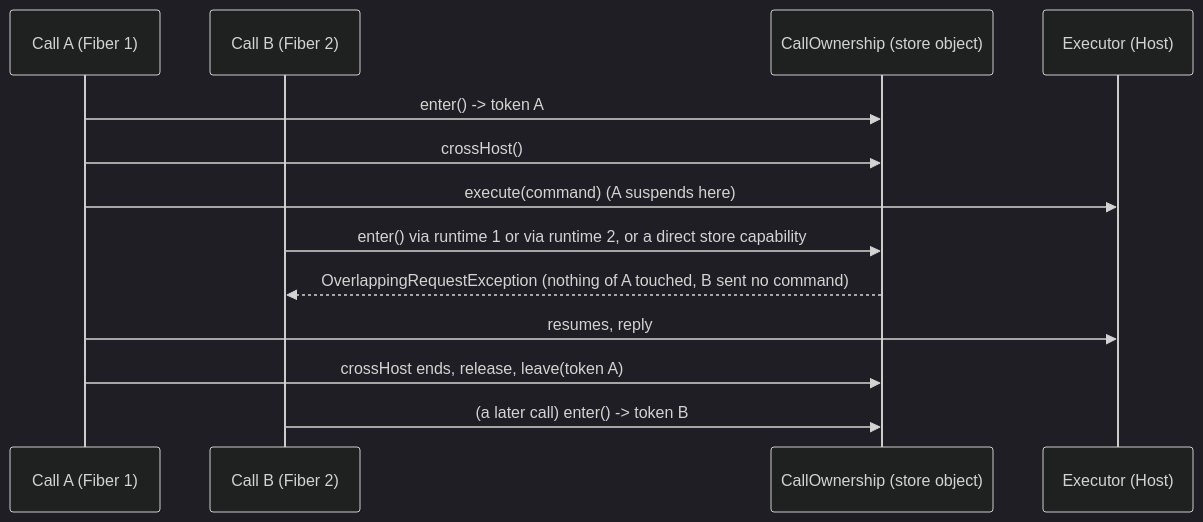
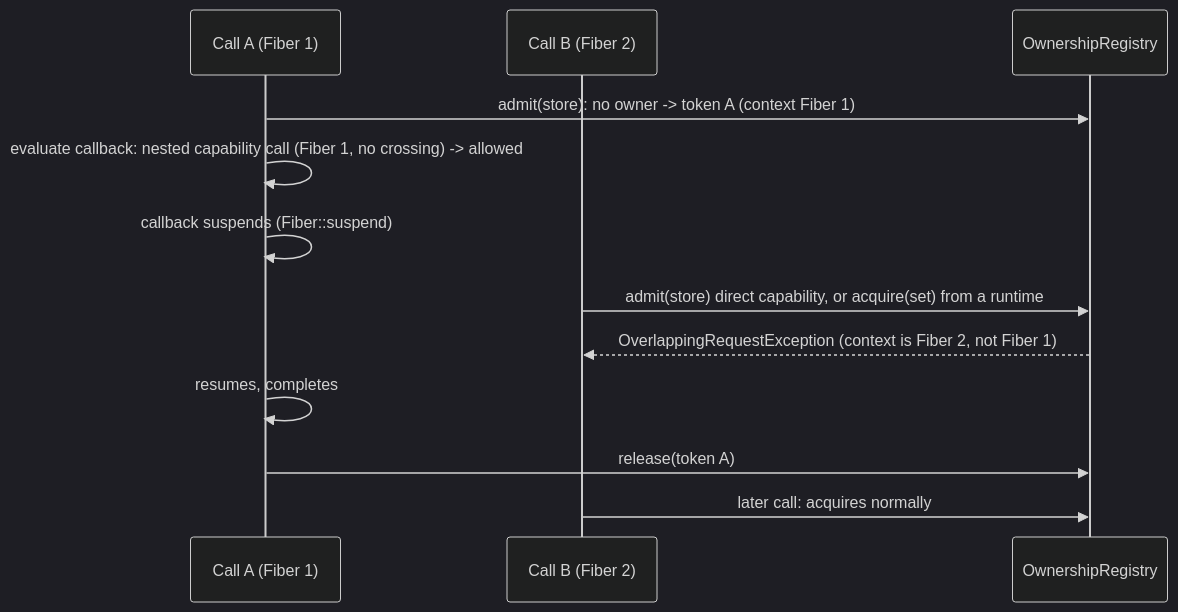
One commit to Maatify/php-rate-limiter changed the third of 6 diagrams in investigations/fiber-request-ownership-260/EXCLUSIVITY_DESIGN.md. Above: the diagram before and after it, drawn with Mermaid (dark theme). The commit also changed other lines of this file, not shown here.

Commit message:
docs(investigation): exclusivity design revision 2 - execution-context identity, per-resource ownership, package-owned coordinator (#260, F266-05..08)

````diff
--- a/investigations/fiber-request-ownership-260/EXCLUSIVITY_DESIGN.md
+++ b/investigations/fiber-request-ownership-260/EXCLUSIVITY_DESIGN.md
@@ -199,15 +258,14 @@
 ```mermaid
 sequenceDiagram
     participant A as Call A (Fiber 1)
     participant B as Call B (Fiber 2)
-    participant O as CallOwnership (store object)
-    participant X as Executor (Host)
-    A->>O: enter() -> token A
-    A->>O: crossHost()
-    A->>X: execute(command) (A suspends here)
-    B->>O: enter() via runtime 1 or via runtime 2, or a direct store capability
-    O-->>B: OverlappingRequestException (nothing of A touched, B sent no command)
-    A->>X: resumes, reply
-    A->>O: crossHost ends, release, leave(token A)
-    B->>O: (a later call) enter() -> token B
+    participant O as OwnershipRegistry
+    A->>O: admit(store): no owner -> token A (context Fiber 1)
+    A->>A: evaluate callback: nested capability call (Fiber 1, no crossing) -> allowed
+    A->>A: callback suspends (Fiber::suspend)
+    B->>O: admit(store) direct capability, or acquire(set) from a runtime
+    O-->>B: OverlappingRequestException (context is Fiber 2, not Fiber 1)
+    A->>A: resumes, completes
+    A->>O: release(token A)
+    B->>O: later call: acquires normally
 ```
````
